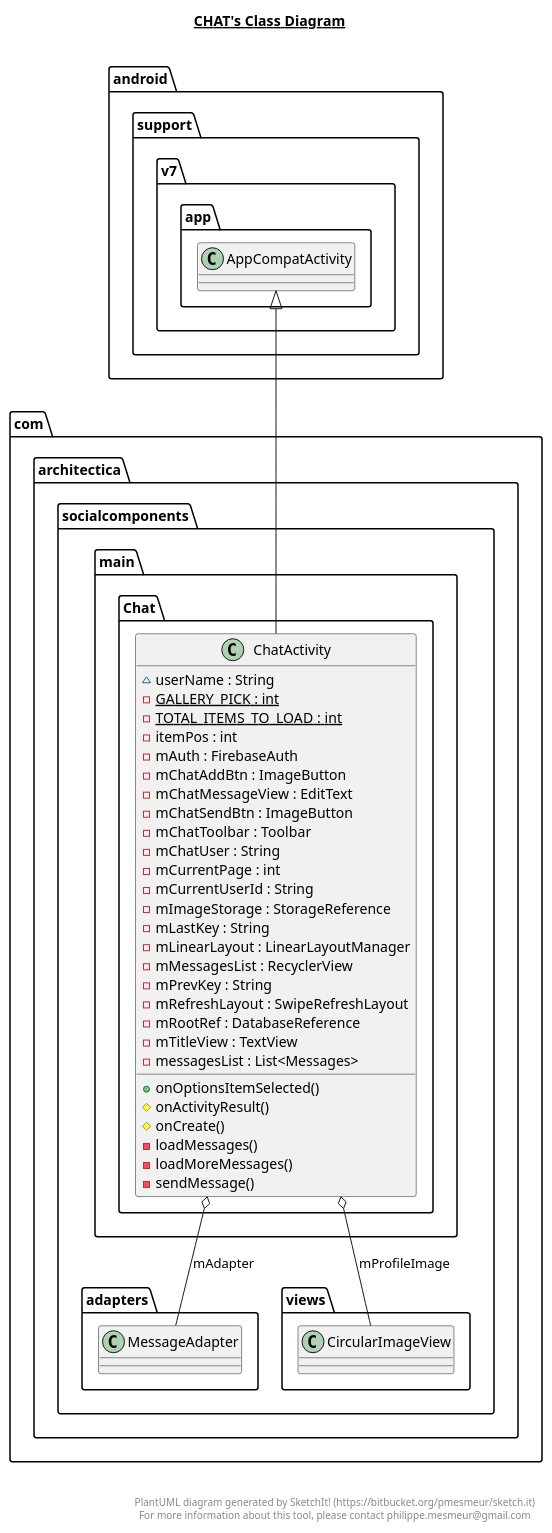
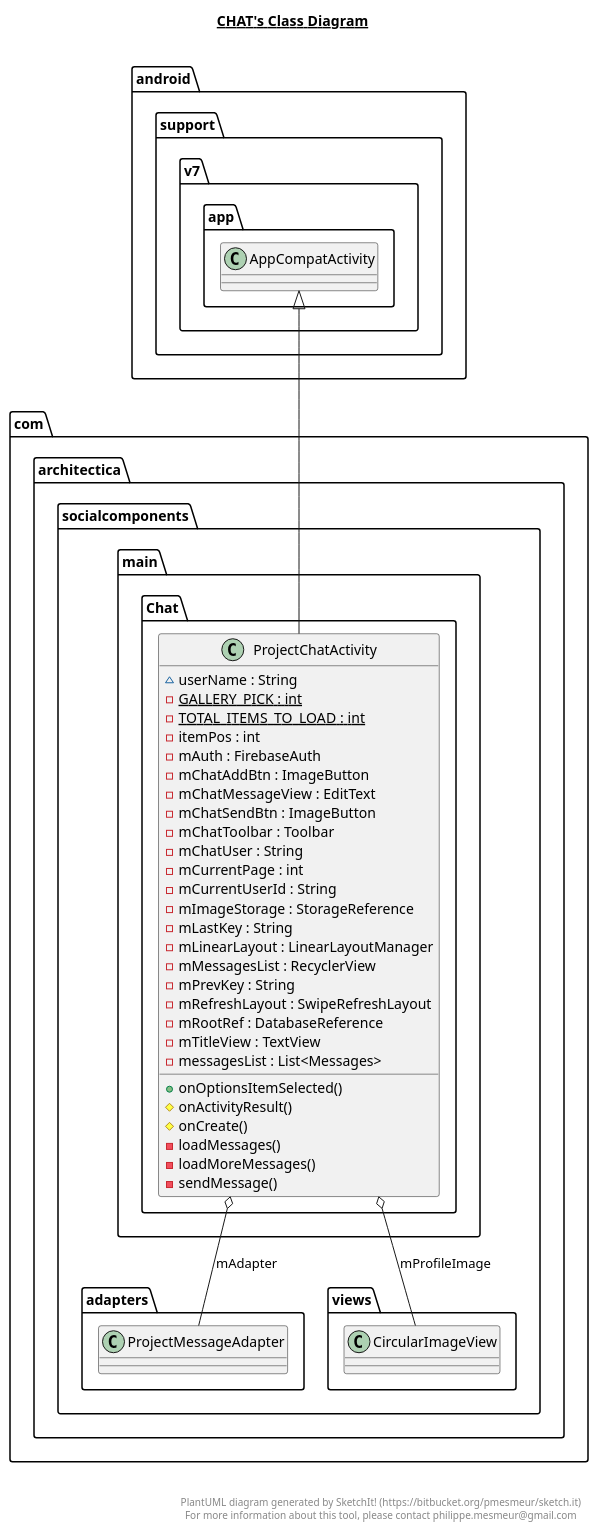
Before and after one commit to AryaAshish/ryft: the diagram in app/src/main/java/com/architectica/socialcomponents/main/Chat/Chat.plantuml, drawn with PlantUML. The commit also changed 157 other files, not shown here.

```diff
--- a/app/src/main/java/com/architectica/socialcomponents/main/Chat/Chat.plantuml
+++ b/app/src/main/java/com/architectica/socialcomponents/main/Chat/Chat.plantuml
@@ -1,52 +1,52 @@
 @startuml
 
 title __CHAT's Class Diagram__\n
 
   namespace com.architectica.socialcomponents {
     namespace main.Chat {
-      class com.architectica.socialcomponents.main.Chat.ChatActivity {
+      class com.architectica.socialcomponents.main.Chat.ProjectChatActivity {
           ~ userName : String
           {static} - GALLERY_PICK : int
           {static} - TOTAL_ITEMS_TO_LOAD : int
           - itemPos : int
           - mAuth : FirebaseAuth
           - mChatAddBtn : ImageButton
           - mChatMessageView : EditText
           - mChatSendBtn : ImageButton
           - mChatToolbar : Toolbar
           - mChatUser : String
           - mCurrentPage : int
           - mCurrentUserId : String
           - mImageStorage : StorageReference
           - mLastKey : String
           - mLinearLayout : LinearLayoutManager
           - mMessagesList : RecyclerView
           - mPrevKey : String
           - mRefreshLayout : SwipeRefreshLayout
           - mRootRef : DatabaseReference
           - mTitleView : TextView
           - messagesList : List<Messages>
           + onOptionsItemSelected()
           # onActivityResult()
           # onCreate()
           - loadMessages()
           - loadMoreMessages()
           - sendMessage()
       }
     }
   }
   
 
-  com.architectica.socialcomponents.main.Chat.ChatActivity -up-|> android.support.v7.app.AppCompatActivity
-  com.architectica.socialcomponents.main.Chat.ChatActivity o-- com.architectica.socialcomponents.adapters.MessageAdapter : mAdapter
-  com.architectica.socialcomponents.main.Chat.ChatActivity o-- com.architectica.socialcomponents.views.CircularImageView : mProfileImage
+  com.architectica.socialcomponents.main.Chat.ProjectChatActivity -up-|> android.support.v7.app.AppCompatActivity
+  com.architectica.socialcomponents.main.Chat.ProjectChatActivity o-- com.architectica.socialcomponents.adapters.ProjectMessageAdapter : mAdapter
+  com.architectica.socialcomponents.main.Chat.ProjectChatActivity o-- com.architectica.socialcomponents.views.CircularImageView : mProfileImage
 
 
 right footer
 
 
 PlantUML diagram generated by SketchIt! (https://bitbucket.org/pmesmeur/sketch.it)
 For more information about this tool, please contact philippe.mesmeur@gmail.com
 endfooter
 
 @enduml
```
